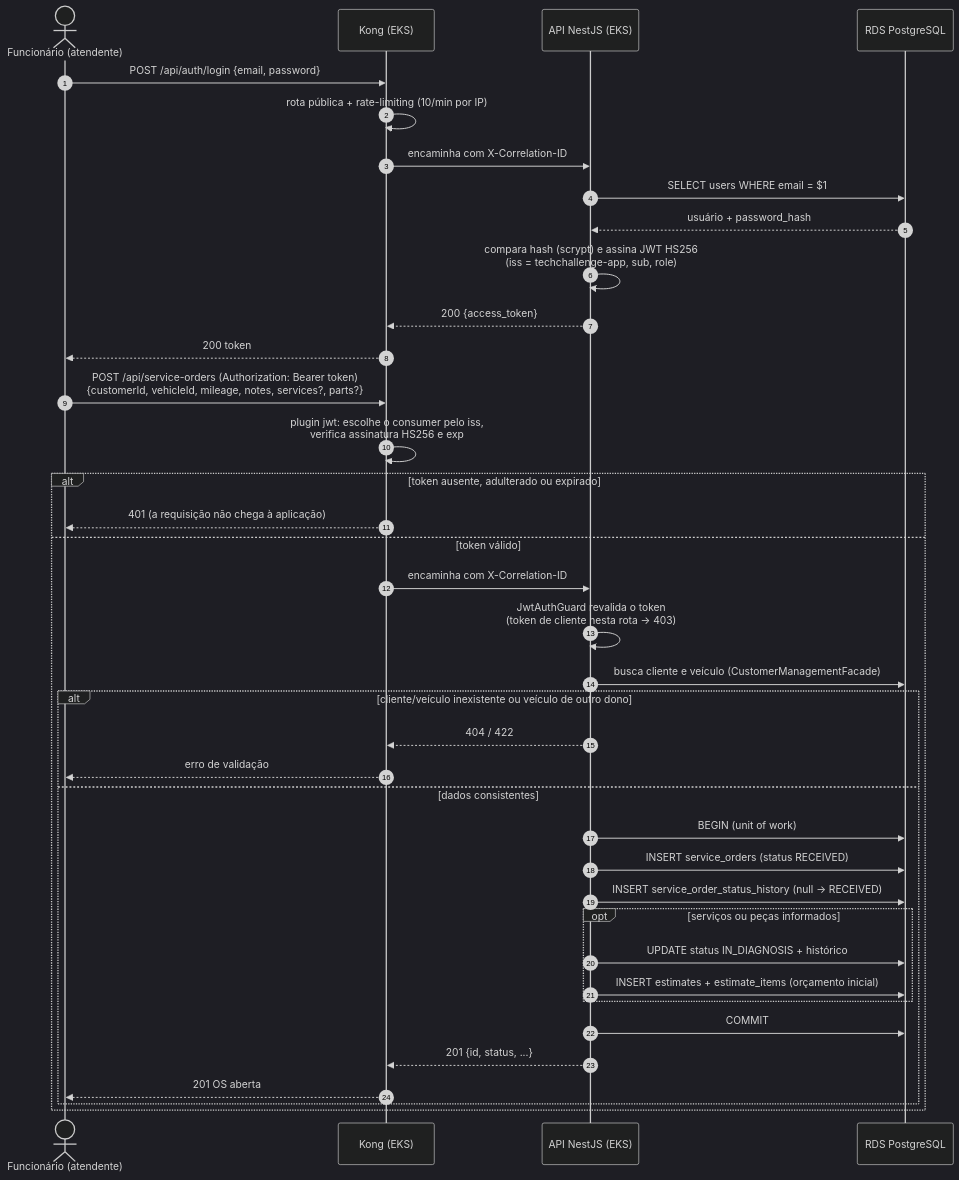
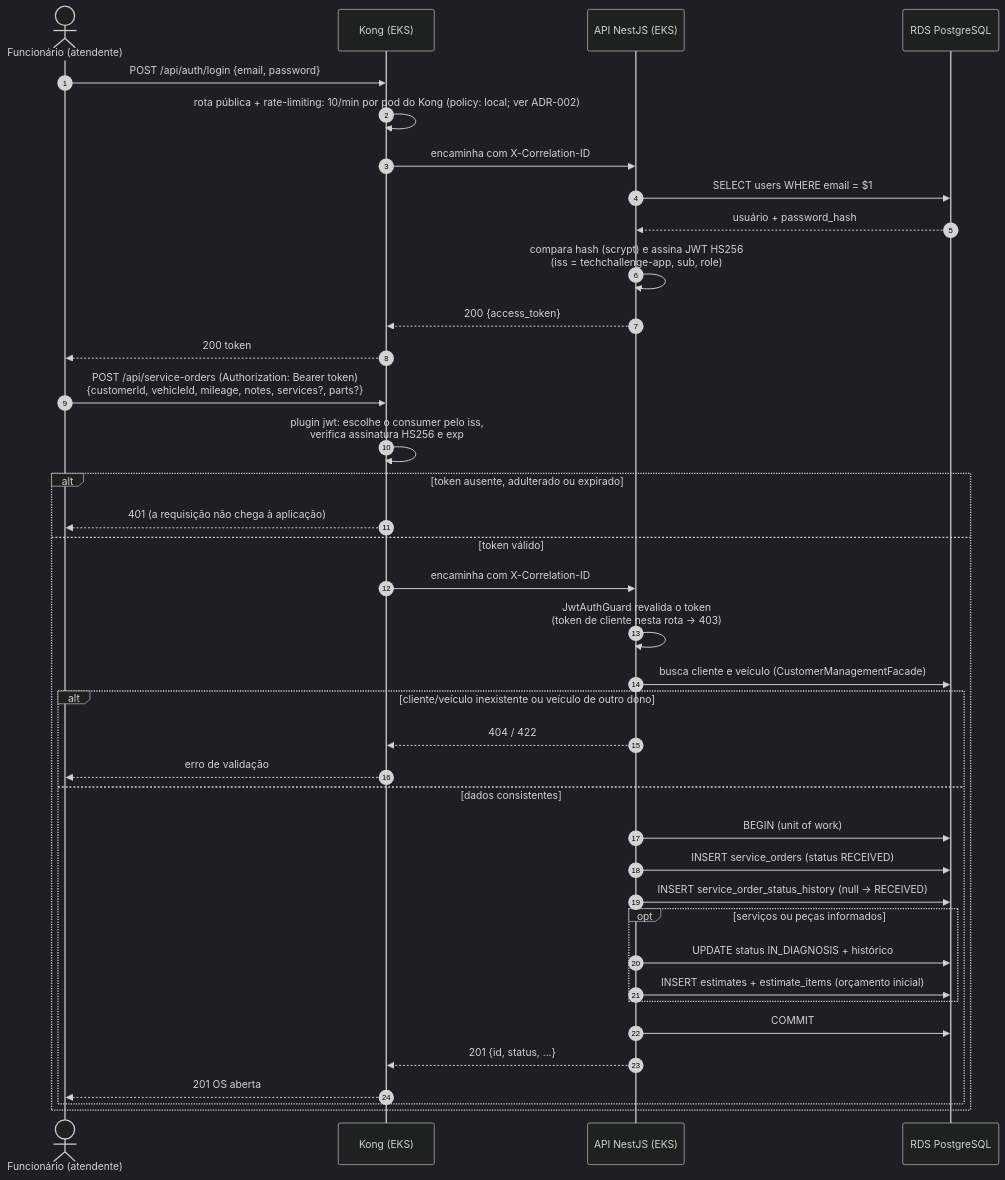
The second of 3 diagrams in docs/arquitetura/diagramas-de-sequencia.md (Jean-Carlo-Torres/tech-challenge-docs), drawn with Mermaid (dark theme) before and after one commit. The commit also changed other lines of this file and 4 other files, not shown here.

Commit message:
fix: update rate-limiting descriptions in documentation for clarity

````diff
--- a/docs/arquitetura/diagramas-de-sequencia.md
+++ b/docs/arquitetura/diagramas-de-sequencia.md
@@ -61,42 +61,42 @@
 ```mermaid
 sequenceDiagram
     autonumber
     actor F as Funcionário (atendente)
     participant K as Kong (EKS)
     participant A as API NestJS (EKS)
     participant DB as RDS PostgreSQL
 
     F->>K: POST /api/auth/login {email, password}
-    K->>K: rota pública + rate-limiting (10/min por IP)
+    K->>K: rota pública + rate-limiting: 10/min por pod do Kong (policy: local#59; ver ADR-002)
     K->>A: encaminha com X-Correlation-ID
     A->>DB: SELECT users WHERE email = $1
     DB-->>A: usuário + password_hash
     A->>A: compara hash (scrypt) e assina JWT HS256<br/>(iss = techchallenge-app, sub, role)
     A-->>K: 200 {access_token}
     K-->>F: 200 token
 
     F->>K: POST /api/service-orders (Authorization: Bearer token)<br/>{customerId, vehicleId, mileage, notes, services?, parts?}
     K->>K: plugin jwt: escolhe o consumer pelo iss,<br/>verifica assinatura HS256 e exp
     alt token ausente, adulterado ou expirado
         K-->>F: 401 (a requisição não chega à aplicação)
     else token válido
         K->>A: encaminha com X-Correlation-ID
         A->>A: JwtAuthGuard revalida o token<br/>(token de cliente nesta rota → 403)
         A->>DB: busca cliente e veículo (CustomerManagementFacade)
         alt cliente/veículo inexistente ou veículo de outro dono
             A-->>K: 404 / 422
             K-->>F: erro de validação
         else dados consistentes
             A->>DB: BEGIN (unit of work)
             A->>DB: INSERT service_orders (status RECEIVED)
             A->>DB: INSERT service_order_status_history (null → RECEIVED)
             opt serviços ou peças informados
                 A->>DB: UPDATE status IN_DIAGNOSIS + histórico
                 A->>DB: INSERT estimates + estimate_items (orçamento inicial)
             end
             A->>DB: COMMIT
             A-->>K: 201 {id, status, ...}
             K-->>F: 201 OS aberta
         end
     end
 ```
````
